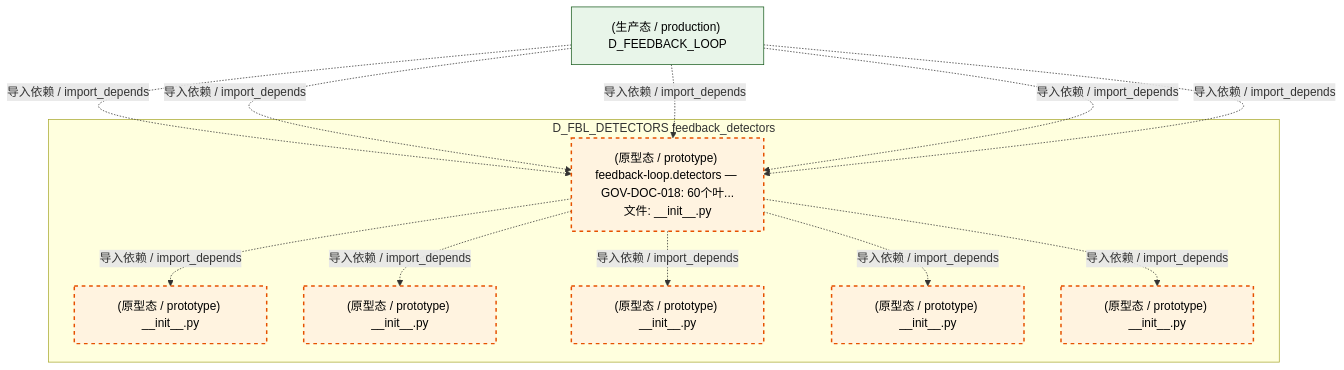
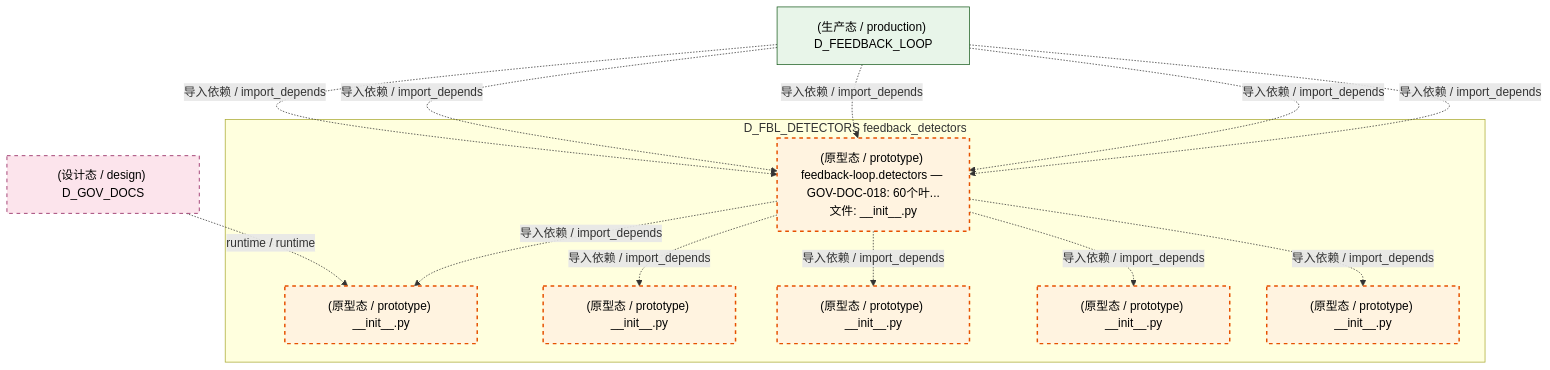
Before and after one commit to xuanFelixVan/ZephyrAlpha: the fifth of 6 diagrams in docs/02_enterprise_architecture/02_domain_architecture_docs/11_d_fbl_detectors.md, drawn with Mermaid. The commit also changed other lines of this file and 81 other files, not shown here.

````diff
--- a/docs/02_enterprise_architecture/02_domain_architecture_docs/11_d_fbl_detectors.md
+++ b/docs/02_enterprise_architecture/02_domain_architecture_docs/11_d_fbl_detectors.md
@@ -336,28 +339,31 @@
 ```mermaid
 graph TD
     subgraph D_FBL_DETECTORS["D_FBL_DETECTORS feedback_detectors"]
         src_zephyr_feedback_loop_detectors_init_py["(原型态 / prototype) feedback-loop.detectors — GOV-DOC-018: 60个叶...<br/>文件: __init__.py"]
         src_zephyr_feedback_loop_detectors_anomaly_init_py["(原型态 / prototype) __init__.py"]
         src_zephyr_feedback_loop_detectors_correlation_init_py["(原型态 / prototype) __init__.py"]
         src_zephyr_feedback_loop_detectors_drift_init_py["(原型态 / prototype) __init__.py"]
         src_zephyr_feedback_loop_detectors_guard_init_py["(原型态 / prototype) __init__.py"]
         src_zephyr_feedback_loop_detectors_reliability_init_py["(原型态 / prototype) __init__.py"]
     end
     src_zephyr_feedback_loop_detectors_init_py -.->|导入依赖 / import_depends| src_zephyr_feedback_loop_detectors_anomaly_init_py
     src_zephyr_feedback_loop_detectors_init_py -.->|导入依赖 / import_depends| src_zephyr_feedback_loop_detectors_correlation_init_py
     src_zephyr_feedback_loop_detectors_init_py -.->|导入依赖 / import_depends| src_zephyr_feedback_loop_detectors_drift_init_py
     src_zephyr_feedback_loop_detectors_init_py -.->|导入依赖 / import_depends| src_zephyr_feedback_loop_detectors_guard_init_py
     src_zephyr_feedback_loop_detectors_init_py -.->|导入依赖 / import_depends| src_zephyr_feedback_loop_detectors_reliability_init_py
+    D_GOV_DOCS["(设计态 / design) D_GOV_DOCS"]
+    D_GOV_DOCS -.->|runtime / runtime| src_zephyr_feedback_loop_detectors_anomaly_init_py
     D_FEEDBACK_LOOP["(生产态 / production) D_FEEDBACK_LOOP"]
     D_FEEDBACK_LOOP -.->|导入依赖 / import_depends| src_zephyr_feedback_loop_detectors_init_py
     D_FEEDBACK_LOOP -.->|导入依赖 / import_depends| src_zephyr_feedback_loop_detectors_init_py
     D_FEEDBACK_LOOP -.->|导入依赖 / import_depends| src_zephyr_feedback_loop_detectors_init_py
     D_FEEDBACK_LOOP -.->|导入依赖 / import_depends| src_zephyr_feedback_loop_detectors_init_py
     D_FEEDBACK_LOOP -.->|导入依赖 / import_depends| src_zephyr_feedback_loop_detectors_init_py
     classDef production fill:#e1f5fe,stroke:#01579b,stroke-width:2px,color:#000
     classDef design fill:#fff3e0,stroke:#e65100,stroke-width:2px,color:#000,stroke-dasharray: 5 5
     classDef external_prod fill:#e8f5e9,stroke:#1b5e20,stroke-width:1px,color:#000
     classDef external_design fill:#fce4ec,stroke:#880e4f,stroke-width:1px,color:#000,stroke-dasharray: 5 5
     class src_zephyr_feedback_loop_detectors_init_py,src_zephyr_feedback_loop_detectors_anomaly_init_py,src_zephyr_feedback_loop_detectors_correlation_init_py,src_zephyr_feedback_loop_detectors_drift_init_py,src_zephyr_feedback_loop_detectors_guard_init_py,src_zephyr_feedback_loop_detectors_reliability_init_py design
     class D_FEEDBACK_LOOP external_prod
+    class D_GOV_DOCS external_design
 ```
````
